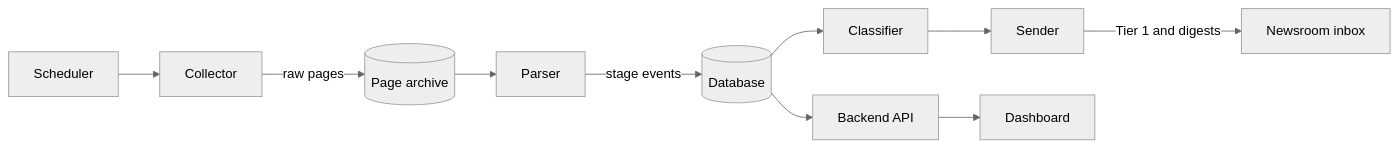
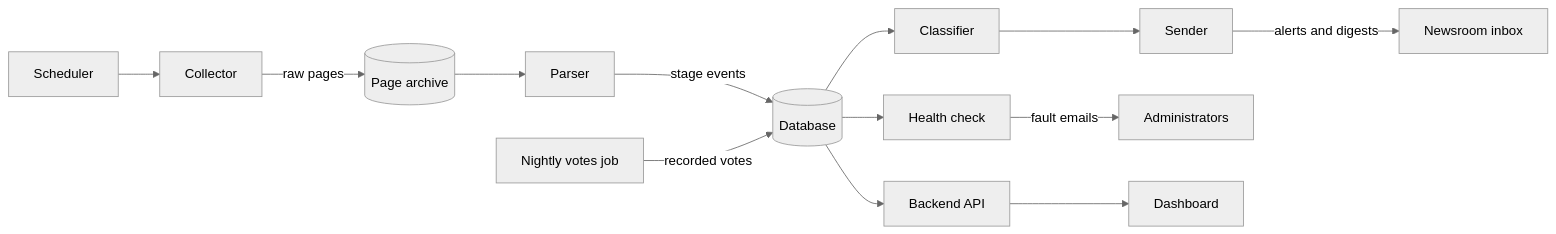
Before and after one commit to apratama23/legislation-tracker-demo: the diagram in README.md, drawn with Mermaid (neutral theme). The commit also changed other lines of this file, not shown here.

````diff
--- a/README.md
+++ b/README.md
@@ -38,12 +51,15 @@
 ```mermaid
 flowchart LR
     S[Scheduler] --> C[Collector]
     C -->|raw pages| A[(Page archive)]
     A --> P[Parser]
     P -->|stage events| D[(Database)]
+    V[Nightly votes job] -->|recorded votes| D
     D --> K[Classifier]
     K --> E[Sender]
-    E -->|Tier 1 and digests| N[Newsroom inbox]
+    E -->|alerts and digests| N[Newsroom inbox]
+    D --> H[Health check]
+    H -->|fault emails| M[Administrators]
     D --> API[Backend API]
     API --> UI[Dashboard]
 ```
````
